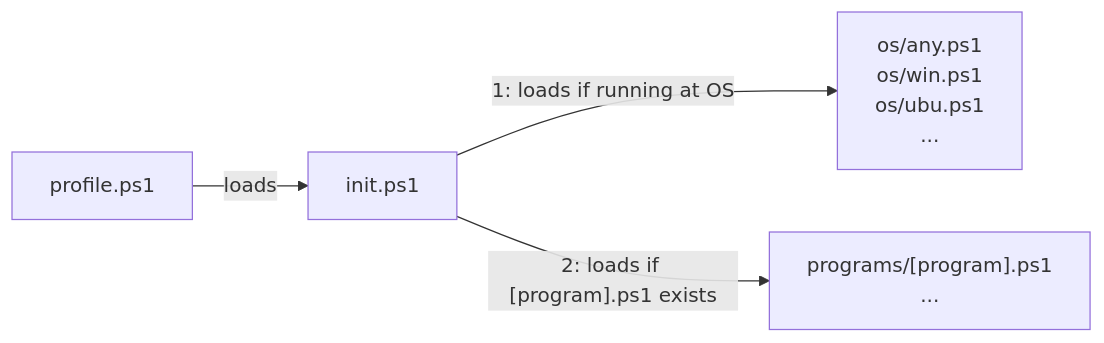
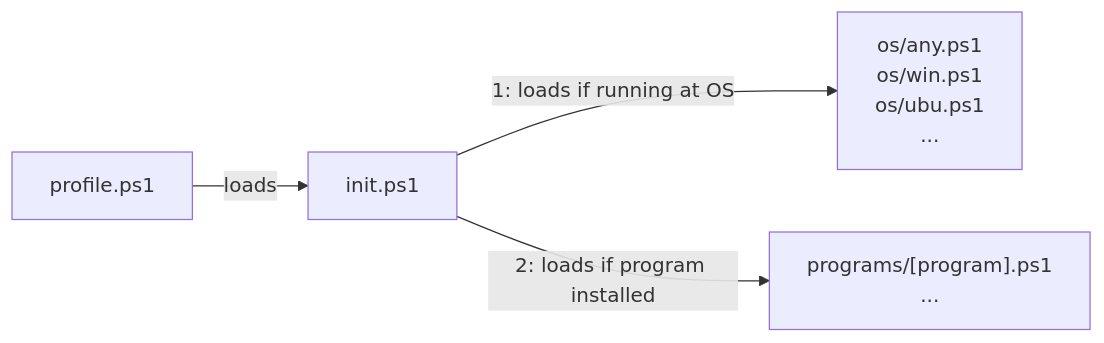
Before and after one commit to alanlivio/ps-sh-helpers: the second of 2 diagrams in README.md, drawn with Mermaid. The commit also changed other lines of this file, not shown here.

````diff
--- a/README.md
+++ b/README.md
@@ -31,21 +31,21 @@
 ```mermaid
 flowchart LR
     psprofile["profile.ps1"]
     ps-init["init.ps1"]
     %% sh-init["init.sh"]
     program-dependent["
         programs/[program].ps1
         ...
     "]
     OS-dependent["
         os/any.ps1
         os/win.ps1
         os/ubu.ps1
         ...
     "]
 
     psprofile--> |"loads"| ps-init
     ps-init --> |"1: loads if running at OS"| OS-dependent
-    ps-init --> |"2: loads if [program].ps1 exists"| program-dependent
+    ps-init --> |"2: loads if program installed"| program-dependent
     %%ps-init --> |"3: create ps1 alias to functions at"| sh-init
 ```
````
